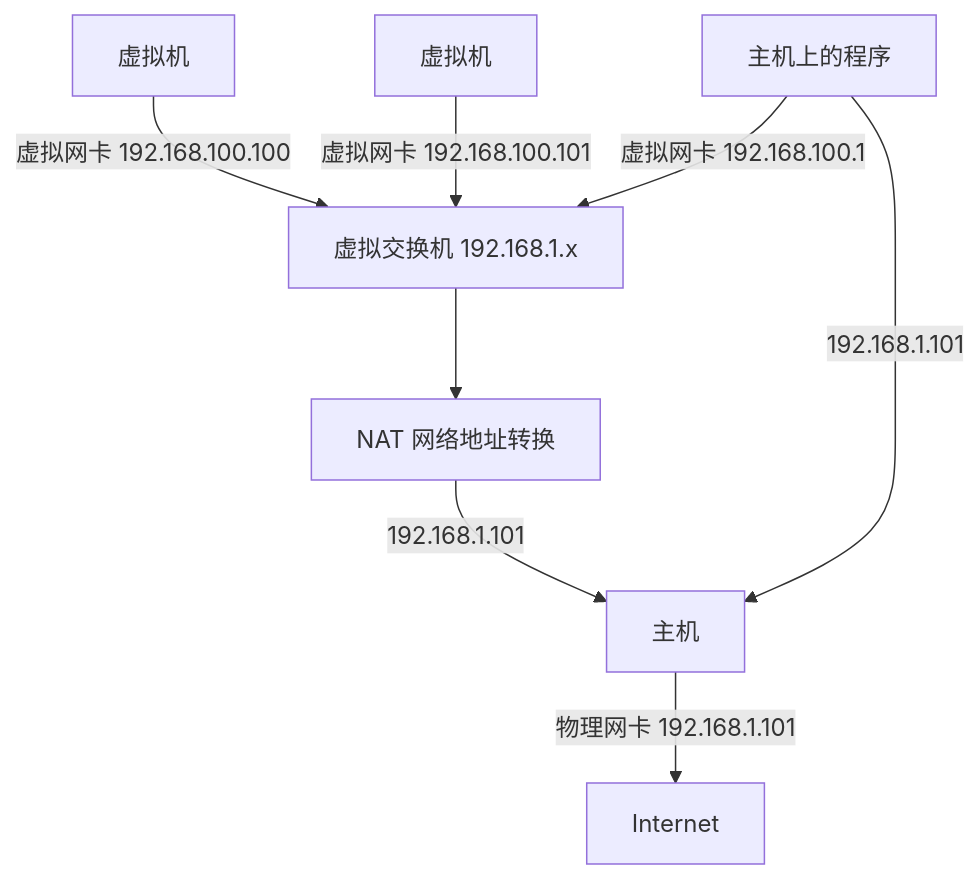
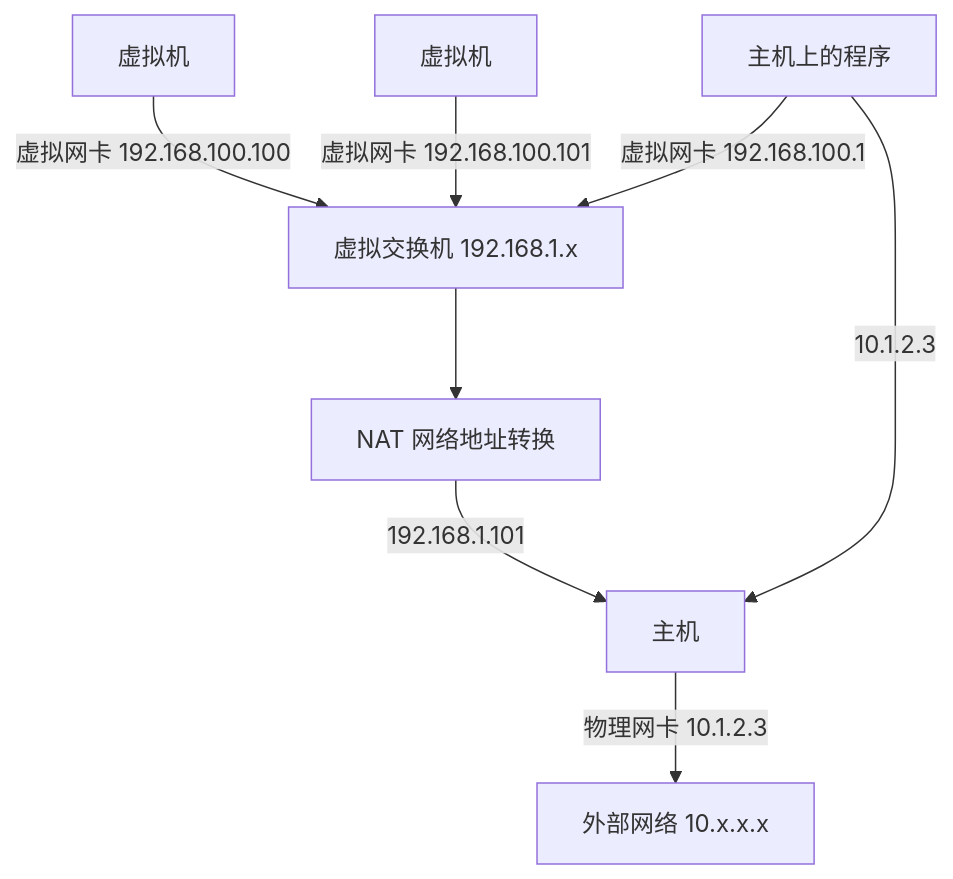
One commit to ustclug/Linux101-docs changed the second of 3 diagrams in docs/Ch01/supplement.md. Above: the diagram before and after it, drawn with Mermaid. The commit also changed other lines of this file, not shown here.

Commit message:
Fix Internet -> 外部网络

````diff
--- a/docs/Ch01/supplement.md
+++ b/docs/Ch01/supplement.md
@@ -570,10 +570,10 @@
 ```mermaid
 flowchart TD
     VM1[虚拟机] -->|虚拟网卡 192.168.100.100| SW[虚拟交换机 192.168.1.x]
     VM2[虚拟机] -->|虚拟网卡 192.168.100.101| SW
     SW --> NAT[NAT 网络地址转换]
     NAT -->|192.168.1.101| HS
-    HSP[主机上的程序] -->|192.168.1.101| HS
+    HSP[主机上的程序] -->|10.1.2.3| HS
     HSP -->|虚拟网卡 192.168.100.1| SW
-    HS[主机] -->|物理网卡 192.168.1.101| IN[Internet]
+    HS[主机] -->|物理网卡 10.1.2.3| IN[外部网络 10.x.x.x]
 ```
````
